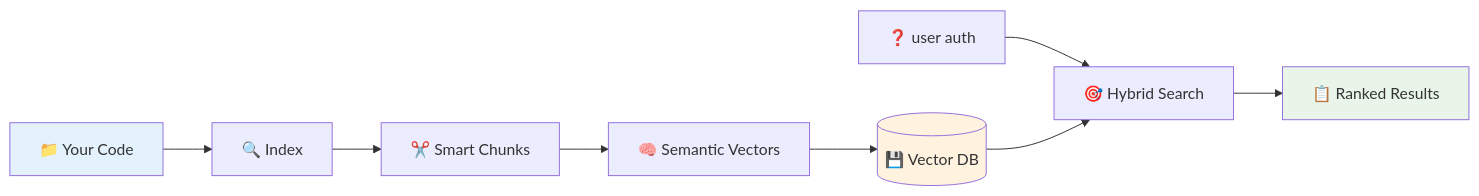
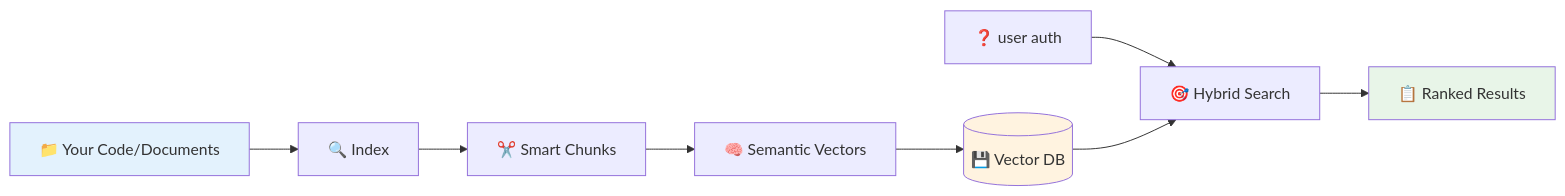
One commit to FSSCoding/Fss-Mini-Rag changed the diagram in README.md. Above: the diagram before and after it, drawn with Mermaid. The commit also changed other lines of this file and 2 other files, not shown here.

````diff
--- a/README.md
+++ b/README.md
@@ -10,15 +14,15 @@
 ```mermaid
 graph LR
-    Files[📁 Your Code] --> Index[🔍 Index]
+    Files[📁 Your Code/Documents] --> Index[🔍 Index]
     Index --> Chunks[✂️ Smart Chunks]
     Chunks --> Embeddings[🧠 Semantic Vectors]
     Embeddings --> Database[(💾 Vector DB)]
     
     Query[❓ user auth] --> Search[🎯 Hybrid Search]
     Database --> Search
     Search --> Results[📋 Ranked Results]
     
     style Files fill:#e3f2fd
     style Results fill:#e8f5e8
     style Database fill:#fff3e0
 ```
````
